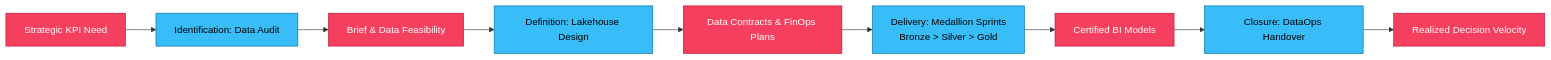
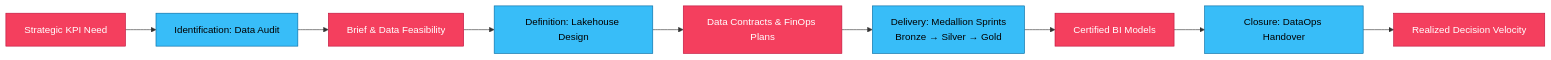
One commit to Balasubramanian-pg/Praxis-Framework changed the second of 2 diagrams in 00 - Praxis Framework Overview.md. Above: the diagram before and after it, drawn with Mermaid.

Commit message:
fix(mermaid): quote node label with arrow in 00 - Praxis Framework Overview.md

````diff
--- a/00 - Praxis Framework Overview.md
+++ b/00 - Praxis Framework Overview.md
@@ -61,14 +61,14 @@
 ```mermaid
 flowchart LR
     classDef proc fill:#38bdf8,stroke:#0369a1,color:#000;
     classDef doc fill:#f43f5e,stroke:#be123c,color:#fff;
     
     MAN[Strategic KPI Need]:::doc --> ID[Identification: Data Audit]:::proc
     ID --> BR[Brief & Data Feasibility]:::doc
     BR --> DEF[Definition: Lakehouse Design]:::proc
     DEF --> BC[Data Contracts & FinOps Plans]:::doc
-    BC --> DEL[Delivery: Medallion Sprints<br>Bronze > Silver > Gold]:::proc
+    BC --> DEL["Delivery: Medallion Sprints<br>Bronze → Silver → Gold"]:::proc
     DEL --> PROD[Certified BI Models]:::doc
     PROD --> CLO[Closure: DataOps Handover]:::proc
     CLO --> BEN[Realized Decision Velocity]:::doc
 ```
````
